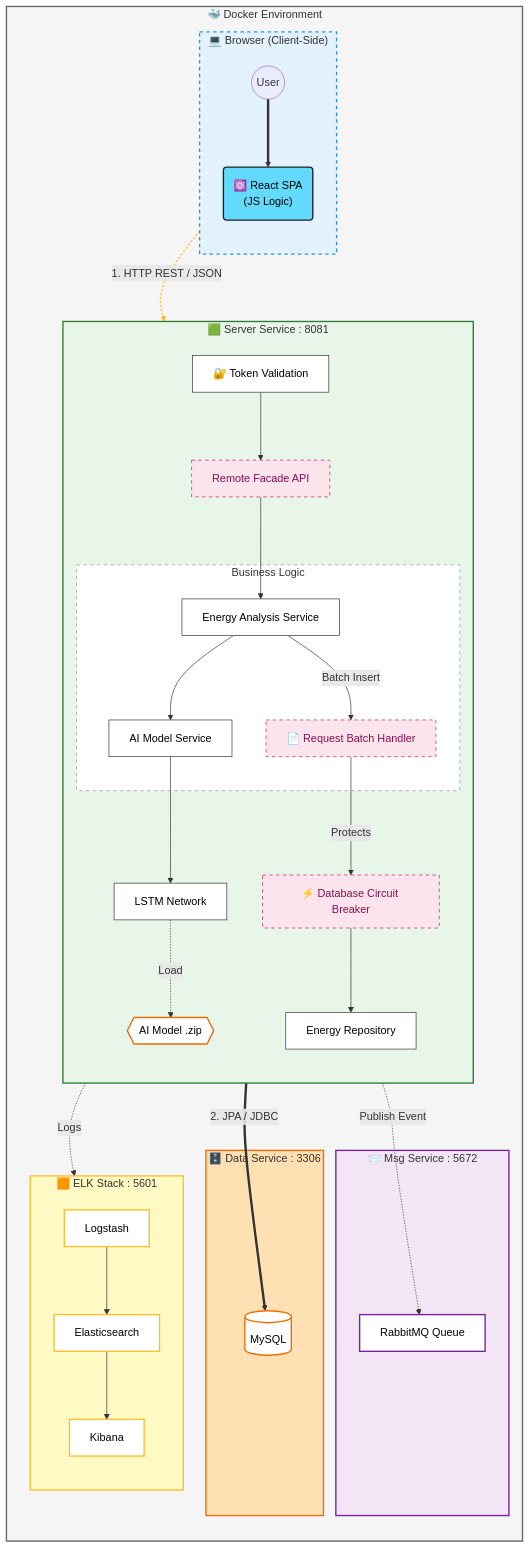
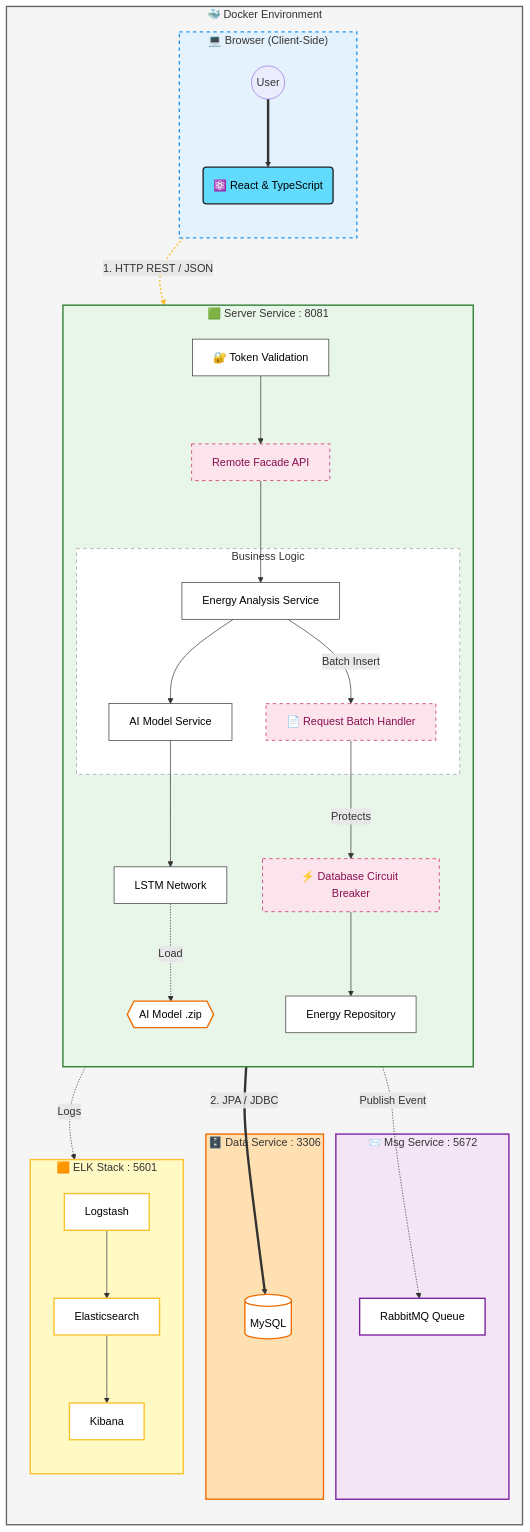
Before and after one commit to nameisalfio/nexus-energy-ds: the diagram in assets/mermaid_sources/architecture_diagram.mmd, drawn with Mermaid.

```diff
--- a/assets/mermaid_sources/architecture_diagram.mmd
+++ b/assets/mermaid_sources/architecture_diagram.mmd
@@ -1,106 +1,106 @@
 flowchart TD
     %% --- CLASS DEFINITIONS ---
     classDef component fill:#ffffff,stroke:#333,stroke-width:1px,color:black
     classDef db fill:#ffffff,stroke:#ef6c00,stroke-width:2px,color:black
     classDef pattern fill:#fce4ec,stroke:#c2185b,stroke-width:1px,stroke-dasharray: 5 5,color:#880e4f
     classDef logging fill:#ffffff,stroke:#fbc02d,stroke-width:2px,color:black
     classDef frontend fill:#61dafb,stroke:#20232a,stroke-width:2px,color:black
     classDef queue fill:#ffffff,stroke:#7b1fa2,stroke-width:2px,color:black
     classDef container fill:#f5f5f5,stroke:#666,stroke-width:2px
 
     %% --- BACKEND ENVIRONMENT ---
     subgraph Docker_Host ["🐳 Docker Environment"]
         direction TB
 
         %% --- FRONTEND ENVIRONMENT ---
         subgraph Browser_Env ["💻 Browser (Client-Side)"]
             direction TB
             User((User))
-            ReactApp("⚛️ React SPA<br/>(JS Logic)"):::frontend
+            ReactApp("⚛️ React & TypeScript"):::frontend
             User ==> ReactApp
         end
 
         %% --- SERVER MICROSERVICE (CORE) ---
         subgraph Server_App ["🟩 Server Service : 8081"]
             direction TB
             
             %% Entry Points
             Auth[🔐 Token Validation]:::component
             Facade[Remote Facade API]:::pattern
             
             %% Business Logic Layer
             subgraph Business_Logic ["Business Logic"]
                 Service[Energy Analysis Service]:::component
                 AI[AI Model Service]:::component
                 Batch[📄 Request Batch Handler]:::pattern
             end
             
             %% Data Access Layer
             CB_Database[⚡ Database Circuit Breaker]:::pattern
             Repo[Energy Repository]:::component
             ModelFile{{AI Model .zip}}:::db
             
             %% Connections
             Auth --> Facade
             Facade --> Service
             
             Service --> AI
             Service --"Batch Insert"--> Batch
             
             AI --> LSTM[LSTM Network]:::component
             LSTM -.->|"Load"| ModelFile
             
             %% Protection & Persistence Flows
             Batch --"Protects"--> CB_Database
             %%Service --"Protects"--> CB_Database
             CB_Database --> Repo
         end
 
         %% --- INFRASTRUCTURE SERVICES ---
         
         subgraph Messaging_Service ["📨 Msg Service : 5672"]
             RabbitMQ[RabbitMQ Queue]:::queue
         end
 
         subgraph Data_Service ["🗄️ Data Service : 3306"]
             MySQL[(MySQL)]:::db
         end
 
         subgraph ELK_Stack ["🟧 ELK Stack : 5601"]
             direction TB
             Logstash[Logstash]:::logging
             Elasticsearch[Elasticsearch]:::logging
             Kibana[Kibana]:::logging
             
             Logstash --> Elasticsearch --> Kibana
         end
     end
 
     %% --- DIRECT CONNECTIONS (No BFF) ---
     
     %% Browser -> Server Core (Direct Call)
     ReactApp == "1. HTTP REST / JSON" ==> Auth
     
     %% Server -> Infrastructure
     Repo == "2. JPA / JDBC" ==> MySQL
     AI -.->|"Publish Event"| RabbitMQ
 
     %% Logging Flows
     Server_App -.-> |"Logs"| Logstash
 
     %% --- LAYOUT OPTIMIZATION ---
     Browser_Env ~~~ Server_App
     Server_App ~~~ Data_Service
     Server_App ~~~ Messaging_Service
     Server_App ~~~ ELK_Stack
 
     %% --- STYLES ---
     style Browser_Env fill:#e3f2fd,stroke:#2196f3,stroke-width:2px,stroke-dasharray: 5 5
     style Docker_Host fill:#f5f5f5,stroke:#666,stroke-width:2px
     style Server_App fill:#e8f5e9,stroke:#2e7d32,stroke-width:2px
     style Data_Service fill:#ffe0b2,stroke:#ef6c00,stroke-width:2px
     style Messaging_Service fill:#f3e5f5,stroke:#7b1fa2,stroke-width:2px
     style ELK_Stack fill:#fff9c4,stroke:#fbc02d,stroke-width:2px
     style Business_Logic fill:#ffffff,stroke:#999,stroke-width:1px,stroke-dasharray: 5 5
 
     linkStyle 11 stroke:#fbc02d,stroke-width:2px,stroke-dasharray: 3 3;
```
